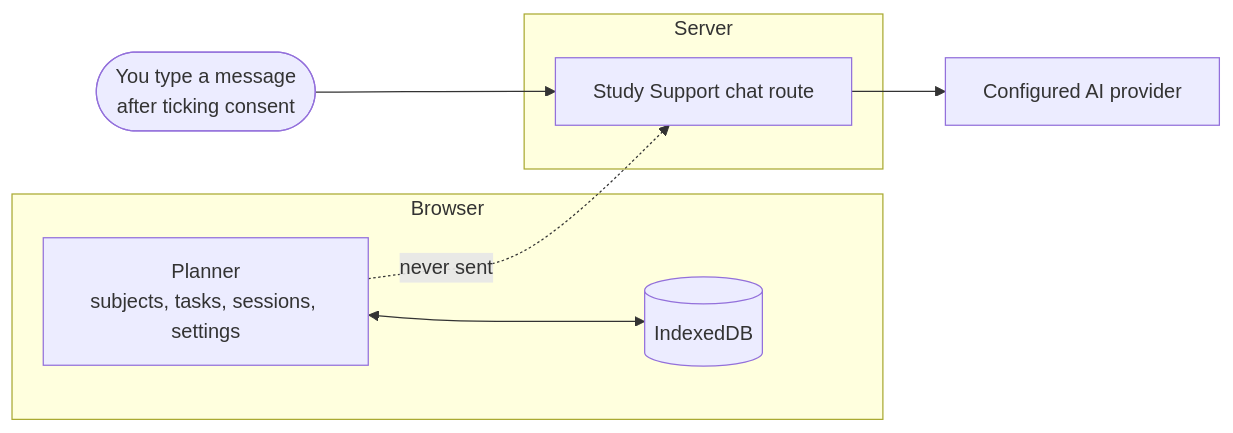
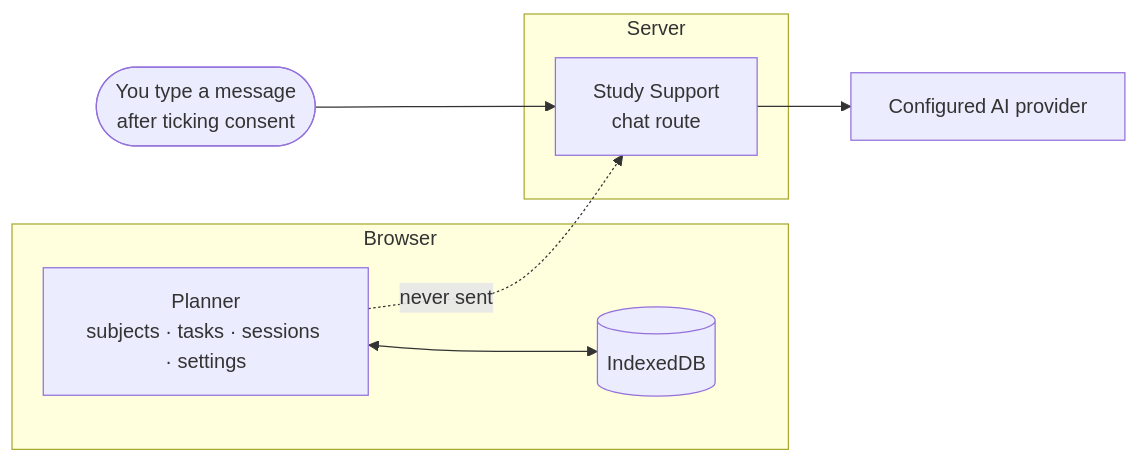
The first of 2 diagrams in README.md (Poohkao2026-beep/Daybreak-study-planner), drawn with Mermaid before and after one commit. The commit also changed other lines of this file, not shown here.

````diff
--- a/README.md
+++ b/README.md
@@ -99,17 +104,17 @@
 ```mermaid
 flowchart LR
     subgraph Browser
-        P["Planner<br/>subjects, tasks, sessions, settings"]
+        P["Planner<br/>subjects · tasks · sessions · settings"]
         DB[("IndexedDB")]
         P <--> DB
     end
 
     subgraph Server
-        C["Study Support chat route"]
+        C["Study Support<br/>chat route"]
     end
 
     U(["You type a message<br/>after ticking consent"]) --> C
     C --> AI["Configured AI provider"]
 
     P -. "never sent" .-> C
 ```
````
